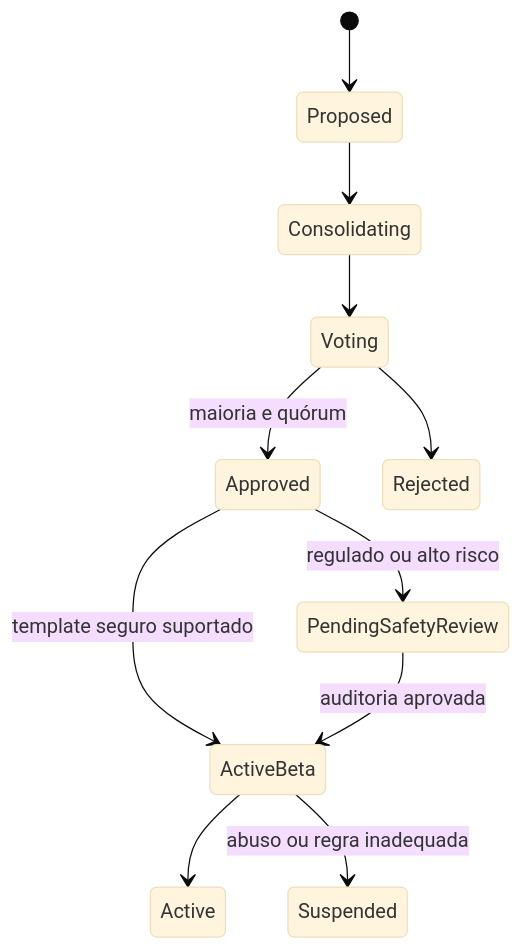
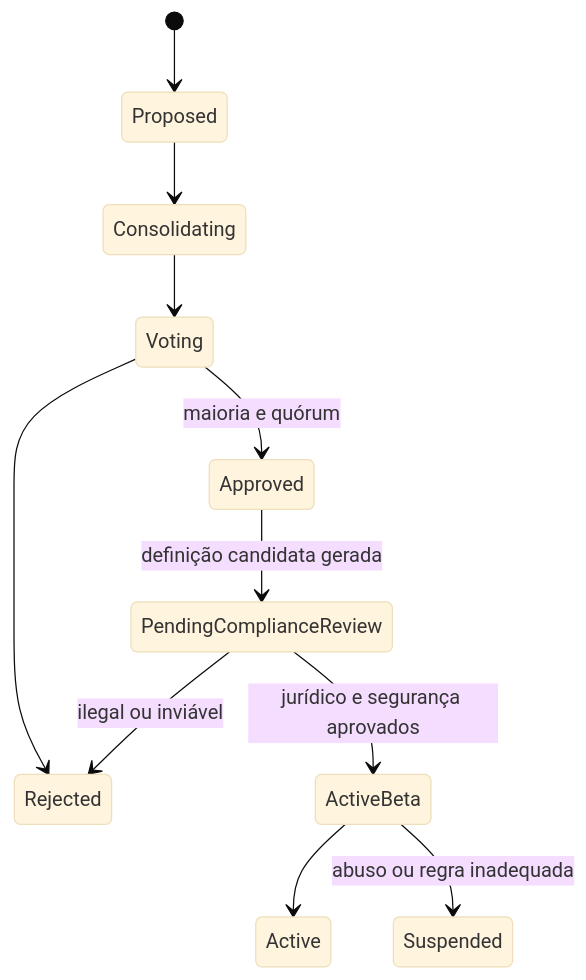
Before and after one commit to Spinon/minimapa: the diagram in docs/architecture/community-governance.md, drawn with Mermaid (base theme). The commit also changed other lines of this file and 7 other files, not shown here.

````diff
--- a/docs/architecture/community-governance.md
+++ b/docs/architecture/community-governance.md
@@ -9,13 +9,13 @@
 ```mermaid
 stateDiagram-v2
     [*] --> Proposed
     Proposed --> Consolidating
     Consolidating --> Voting
     Voting --> Approved: maioria e quórum
     Voting --> Rejected
-    Approved --> ActiveBeta: template seguro suportado
-    Approved --> PendingSafetyReview: regulado ou alto risco
-    PendingSafetyReview --> ActiveBeta: auditoria aprovada
+    Approved --> PendingComplianceReview: definição candidata gerada
+    PendingComplianceReview --> ActiveBeta: jurídico e segurança aprovados
+    PendingComplianceReview --> Rejected: ilegal ou inviável
     ActiveBeta --> Active
     ActiveBeta --> Suspended: abuso ou regra inadequada
 ```
````
